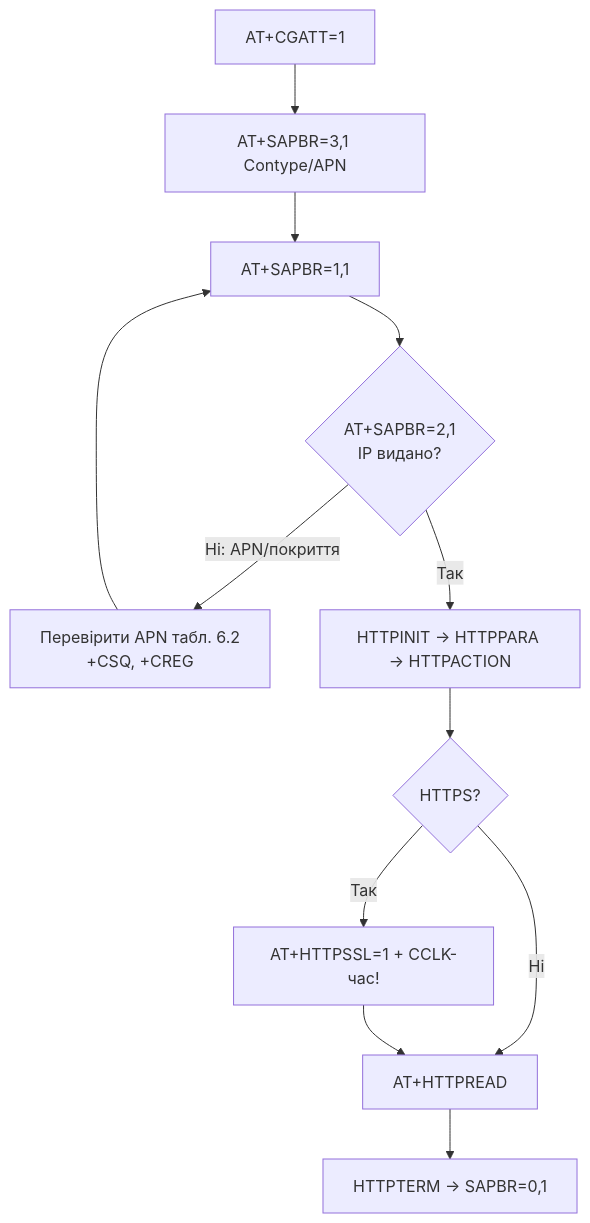
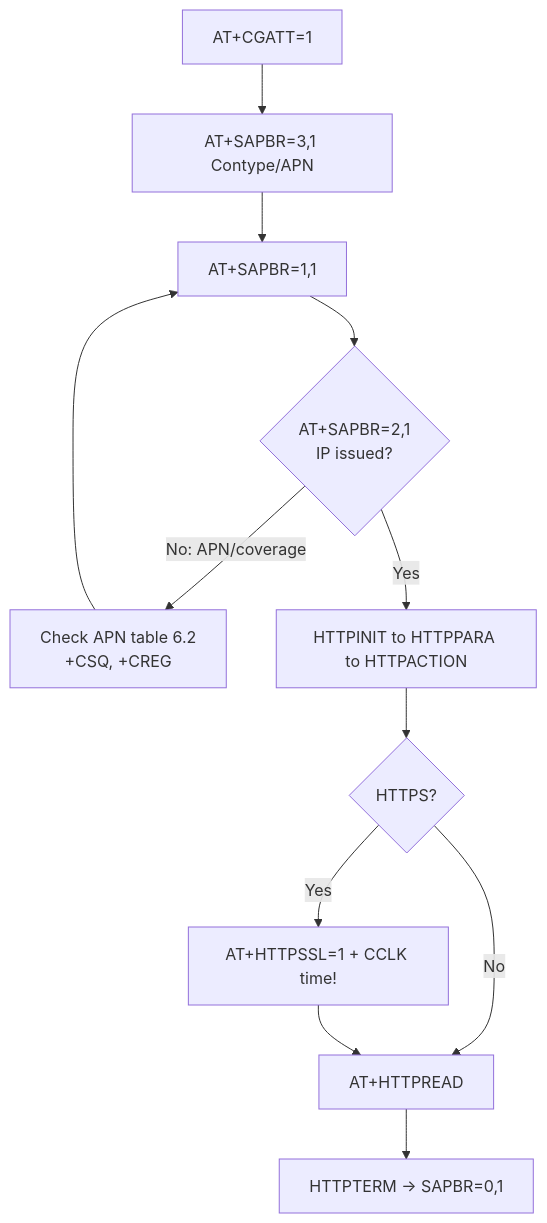
The fourth of 5 diagrams in obsidian_vault/ESP32-Reference/EN/12-Comm-Modules/03-SIM800L-GPS.en.md (ksalab/embedded-reference), drawn with Mermaid before and after one commit. The commit also changed other lines of this file and 76 other files, not shown here.

````diff
--- a/obsidian_vault/ESP32-Reference/EN/12-Comm-Modules/03-SIM800L-GPS.en.md
+++ b/obsidian_vault/ESP32-Reference/EN/12-Comm-Modules/03-SIM800L-GPS.en.md
@@ -416,14 +416,14 @@
 ```mermaid
 flowchart TB
     ATT[AT+CGATT=1] --> CFG[AT+SAPBR=3,1 Contype/APN]
     CFG --> OPEN[AT+SAPBR=1,1]
-    OPEN --> IP{AT+SAPBR=2,1<br/>IP видано?}
-    IP -->|Ні: APN/покриття| FIX[Перевірити APN табл. 6.2<br/>+CSQ, +CREG]
+    OPEN --> IP{AT+SAPBR=2,1<br/>IP issued?}
+    IP -->|No: APN/coverage| FIX[Check APN table 6.2<br/>+CSQ, +CREG]
     FIX --> OPEN
-    IP -->|Так| HTTP[HTTPINIT → HTTPPARA → HTTPACTION]
+    IP -->|Yes| HTTP[HTTPINIT to HTTPPARA to HTTPACTION]
     HTTP --> SSL{HTTPS?}
-    SSL -->|Так| TLS[AT+HTTPSSL=1 + CCLK-час!]
-    SSL -->|Ні| READ[AT+HTTPREAD]
+    SSL -->|Yes| TLS[AT+HTTPSSL=1 + CCLK time!]
+    SSL -->|No| READ[AT+HTTPREAD]
     TLS --> READ
     READ --> TERM[HTTPTERM → SAPBR=0,1]
 ```
````
